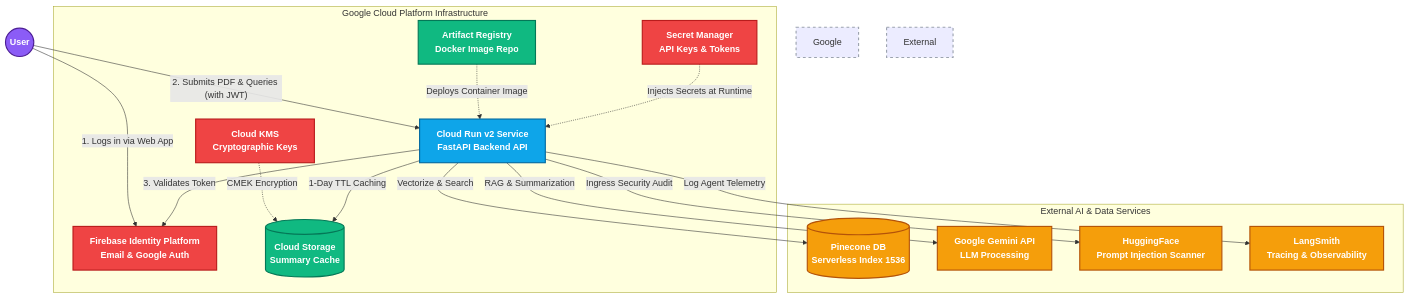
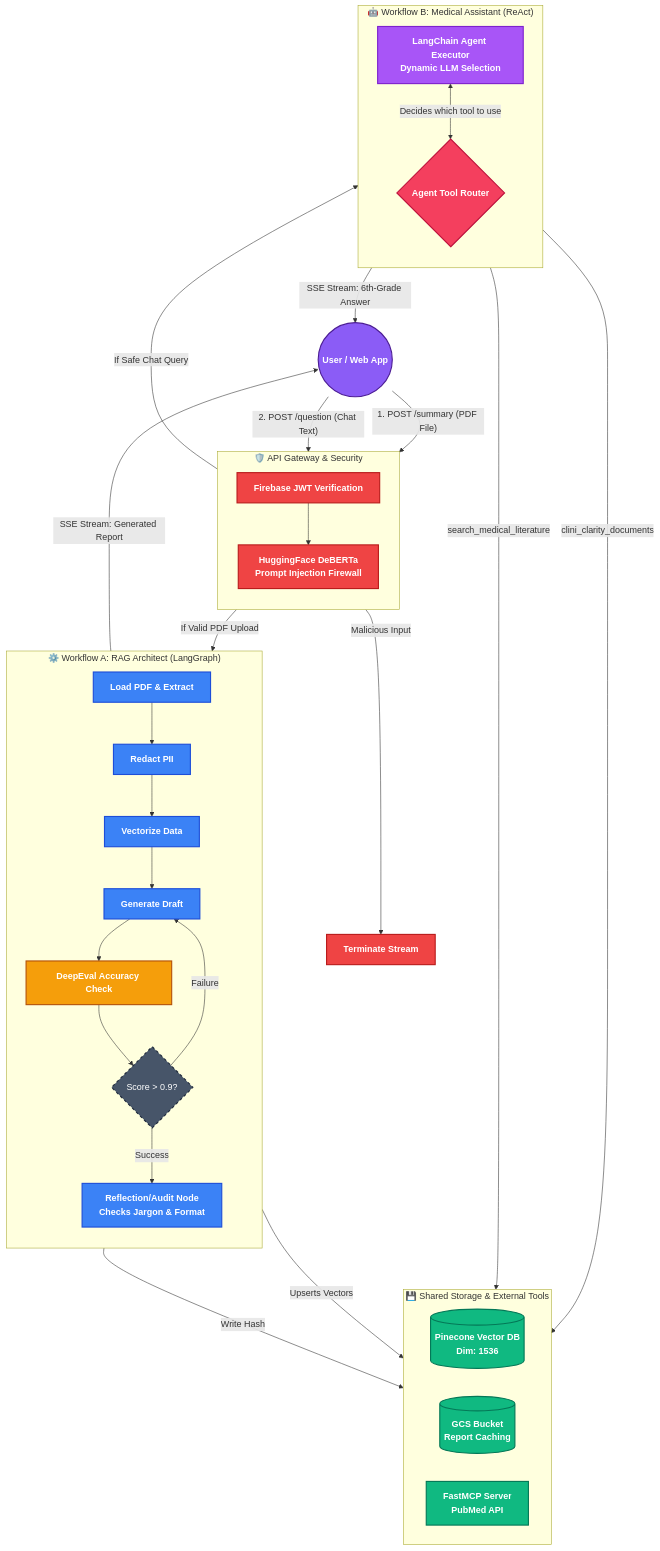
Before and after one commit to ramsundharVenkadesan/CliniClarity: the first of 2 diagrams in docs/README.md, drawn with Mermaid.

````diff
--- a/docs/README.md
+++ b/docs/README.md
@@ -22,48 +22,75 @@
 ```mermaid
-    graph TD
-    %% Define styles for Dark/Light mode compatibility
+flowchart TB
+    %% High-Contrast Class Definitions
     classDef user fill:#8b5cf6,stroke:#4c1d95,stroke-width:2px,color:#fff,font-weight:bold
-    classDef gcp fill:#0ea5e9,stroke:#0369a1,stroke-width:2px,color:#fff,font-weight:bold
-    classDef data fill:#10b981,stroke:#047857,stroke-width:2px,color:#fff,font-weight:bold
-    classDef external fill:#f59e0b,stroke:#b45309,stroke-width:2px,color:#fff,font-weight:bold
-    classDef security fill:#ef4444,stroke:#b91c1c,stroke-width:2px,color:#fff,font-weight:bold
+    classDef sec fill:#ef4444,stroke:#b91c1c,stroke-width:2px,color:#fff,font-weight:bold
+    classDef process fill:#3b82f6,stroke:#1d4ed8,stroke-width:2px,color:#fff,font-weight:bold
+    classDef eval fill:#f59e0b,stroke:#b45309,stroke-width:2px,color:#fff,font-weight:bold
+    classDef agent fill:#a855f7,stroke:#7e22ce,stroke-width:2px,color:#fff,font-weight:bold
+    classDef tools fill:#f43f5e,stroke:#be123c,stroke-width:2px,color:#fff,font-weight:bold
+    classDef ext fill:#10b981,stroke:#047857,stroke-width:2px,color:#fff,font-weight:bold
+    classDef router fill:#475569,stroke:#1e293b,stroke-width:2px,color:#fff,stroke-dasharray: 5 5
 
-    Client((User)):::user
+    Client((User / Web App)):::user
 
-    subgraph Google Cloud Platform [Google Cloud Platform Infrastructure]
-        style Google Cloud Platform fill:transparent,stroke:#9ca3af,stroke-width:2px,stroke-dasharray: 5 5
-
-        Firebase[Firebase Identity Platform<br/>Email & Google Auth]:::security
-        CloudRun[Cloud Run v2 Service<br/>FastAPI Backend API]:::gcp
-        SecretManager[Secret Manager<br/>API Keys & Tokens]:::security
-        GCS[(Cloud Storage<br/>Summary Cache)]:::data
-        KMS[Cloud KMS<br/>Cryptographic Keys]:::security
-        ArtifactRegistry[Artifact Registry<br/>Docker Image Repo]:::data
+    %% ---------------- SECURITY GATEWAY ----------------
+    subgraph SecurityGateway ["🛡️ API Gateway & Security"]
+        direction TB
+        Auth[Firebase JWT Verification]:::sec
+        HF[HuggingFace DeBERTa<br/>Prompt Injection Firewall]:::sec
+        Auth --> HF
     end
 
-    subgraph External Services [External AI & Data Services]
-        style External Services fill:transparent,stroke:#9ca3af,stroke-width:2px,stroke-dasharray: 5 5
+    %% Client ingress
+    Client -- "1. POST /summary (PDF File)" --> Auth
+    Client -- "2. POST /question (Chat Text)" --> Auth
 
-        Pinecone[(Pinecone DB<br/>Serverless Index 1536)]:::external
-        Gemini[Google Gemini API<br/>LLM Processing]:::external
-        HuggingFace[HuggingFace<br/>Prompt Injection Scanner]:::external
-        LangSmith[LangSmith<br/>Tracing & Observability]:::external
+    %% ---------------- SHARED STORAGE & TOOLS ----------------
+    subgraph StorageTools ["💾 Shared Storage & External Tools"]
+        direction LR
+        Pinecone[(Pinecone Vector DB<br/>Dim: 1536)]:::ext
+        GCS[(GCS Bucket<br/>Report Caching)]:::ext
+        MCP[FastMCP Server<br/>PubMed API]:::ext
     end
 
-    %% Client Interactions
-    Client -- "1. Logs in via Web App" --> Firebase
-    Client -- "2. Submits PDF & Queries (with JWT)" --> CloudRun
-    CloudRun -- "3. Validates Token" --> Firebase
+    %% ---------------- WORKFLOW A: RAG ARCHITECT ----------------
+    subgraph GraphWorkflow ["⚙️ Workflow A: RAG Architect (LangGraph)"]
+        direction TB
+        Load[Load PDF & Extract]:::process --> Redact[Redact PII]:::process
+        Redact --> Ingest[Vectorize Data]:::process
+        Ingest --> Summarize[Generate Draft]:::process
+        Summarize --> Hallucination[DeepEval Accuracy Check]:::eval
+        
+        Hallucination --> RouteScore{Score > 0.9?}:::router
+        RouteScore -- "Failure" --> Summarize
+        
+        RouteScore -- "Success" --> AuditLoop[Reflection/Audit Node<br/>Checks Jargon & Format]:::process
+    end
 
-    %% GCP Internal Dependencies
-    ArtifactRegistry -. "Deploys Container Image" .-> CloudRun
-    SecretManager -. "Injects Secrets at Runtime" .-> CloudRun
-    KMS -. "CMEK Encryption" .-> GCS
+    %% ---------------- WORKFLOW B: QA AGENT ----------------
+    subgraph AgentWorkflow ["🤖 Workflow B: Medical Assistant (ReAct)"]
+        direction TB
+        ReActAgent[LangChain Agent Executor<br/>Dynamic LLM Selection]:::agent
+        ToolRouter{Agent Tool Router}:::tools
+        
+        ReActAgent <--> |"Decides which tool to use"| ToolRouter
+    end
 
-    %% Cloud Run Workflow Logic
-    CloudRun -- "1-Day TTL Caching" --> GCS
-    CloudRun -- "Ingress Security Audit" --> HuggingFace
-    CloudRun -- "Vectorize & Search" --> Pinecone
-    CloudRun -- "RAG & Summarization" --> Gemini
-    CloudRun -- "Log Agent Telemetry" --> LangSmith
+    %% ---------------- ROUTING FROM FIREWALL ----------------
+    HF -- "If Valid PDF Upload" --> Load
+    HF -- "If Safe Chat Query" --> ReActAgent
+    HF -- "Malicious Input" --> Blocked[Terminate Stream]:::sec
+
+    %% ---------------- INTERNAL CONNECTIONS ----------------
+    %% Graph populates Pinecone
+    Ingest -- "Upserts Vectors" --> Pinecone
+    
+    %% Agent reads Pinecone and uses MCP
+    ToolRouter -- "clini_clarity_documents" --> Pinecone
+    ToolRouter -- "search_medical_literature" --> MCP
+
+    %% ---------------- EGRESS & CACHING ----------------
+    AuditLoop -- "Write Hash" --> GCS
+    AuditLoop -- "SSE Stream: Generated Report" --> Client
+    ReActAgent -- "SSE Stream: 6th-Grade Answer" --> Client
 ```
````
